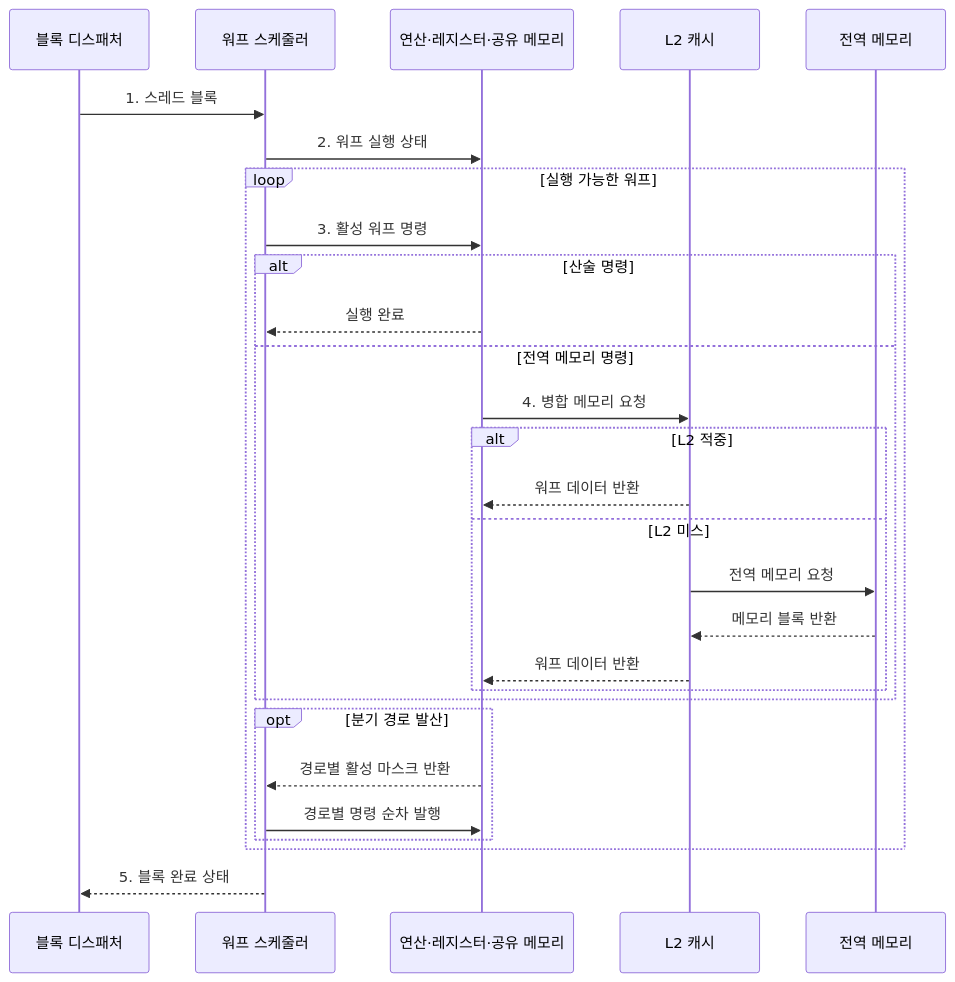
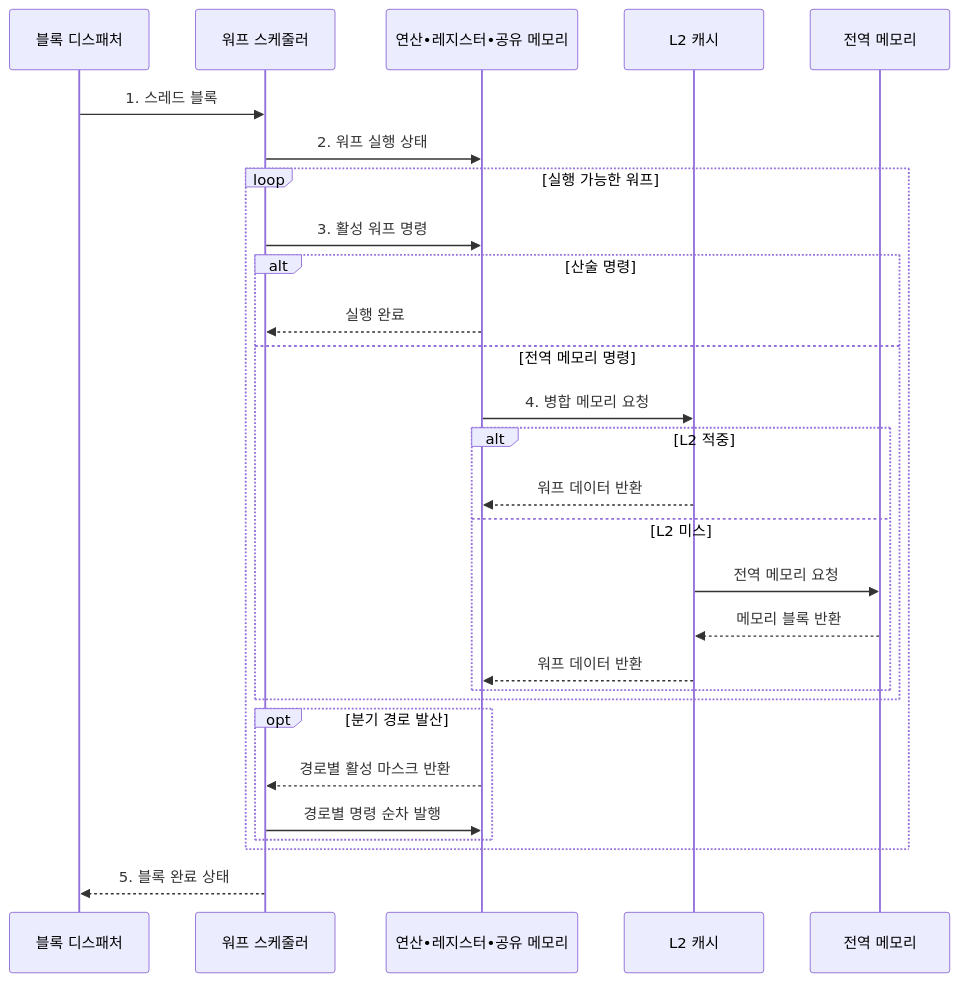
The second of 2 diagrams in src/content/docs/notes/02-hardware/041_gpu_simt.md (agnusdei1207/knowledge-base), drawn with Mermaid before and after one commit. The commit also changed other lines of this file and 953 other files, not shown here.

````diff
--- a/src/content/docs/notes/02-hardware/041_gpu_simt.md
+++ b/src/content/docs/notes/02-hardware/041_gpu_simt.md
@@ -104,31 +104,31 @@
 ```mermaid
 sequenceDiagram
     participant D as 블록 디스패처
     participant W as 워프 스케줄러
-    participant E as 연산·레지스터·공유 메모리
+    participant E as 연산•레지스터•공유 메모리
     participant L as L2 캐시
     participant G as 전역 메모리
 
     D->>W: 1. 스레드 블록
     W->>E: 2. 워프 실행 상태
     loop 실행 가능한 워프
         W->>E: 3. 활성 워프 명령
         alt 산술 명령
             E-->>W: 실행 완료
         else 전역 메모리 명령
             E->>L: 4. 병합 메모리 요청
             alt L2 적중
                 L-->>E: 워프 데이터 반환
             else L2 미스
                 L->>G: 전역 메모리 요청
                 G-->>L: 메모리 블록 반환
                 L-->>E: 워프 데이터 반환
             end
         end
         opt 분기 경로 발산
             E-->>W: 경로별 활성 마스크 반환
             W->>E: 경로별 명령 순차 발행
         end
     end
     W-->>D: 5. 블록 완료 상태
 ```
````
